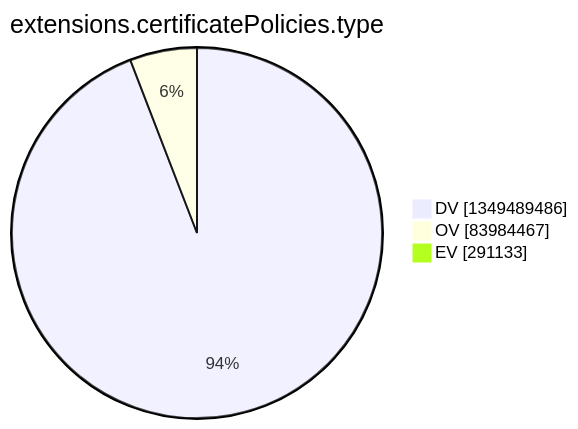
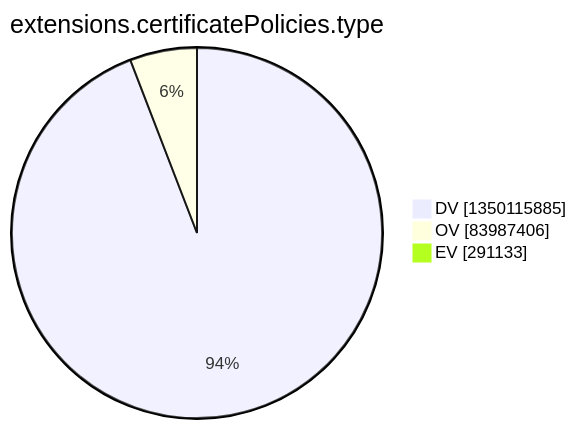
One commit to christiankrug/ctmonitor_visualization changed the tenth of 15 diagrams in argon2022/README.md. Above: the diagram before and after it, drawn with Mermaid. The commit also changed other lines of this file, not shown here.

````diff
--- a/argon2022/README.md
+++ b/argon2022/README.md
@@ -2773,7 +2773,7 @@
 ```mermaid
 pie showData
 title extensions.certificatePolicies.type
-"DV" :1349489486
-"OV" :83984467
+"DV" :1350115885
+"OV" :83987406
 "EV" :291133
 ```
````
